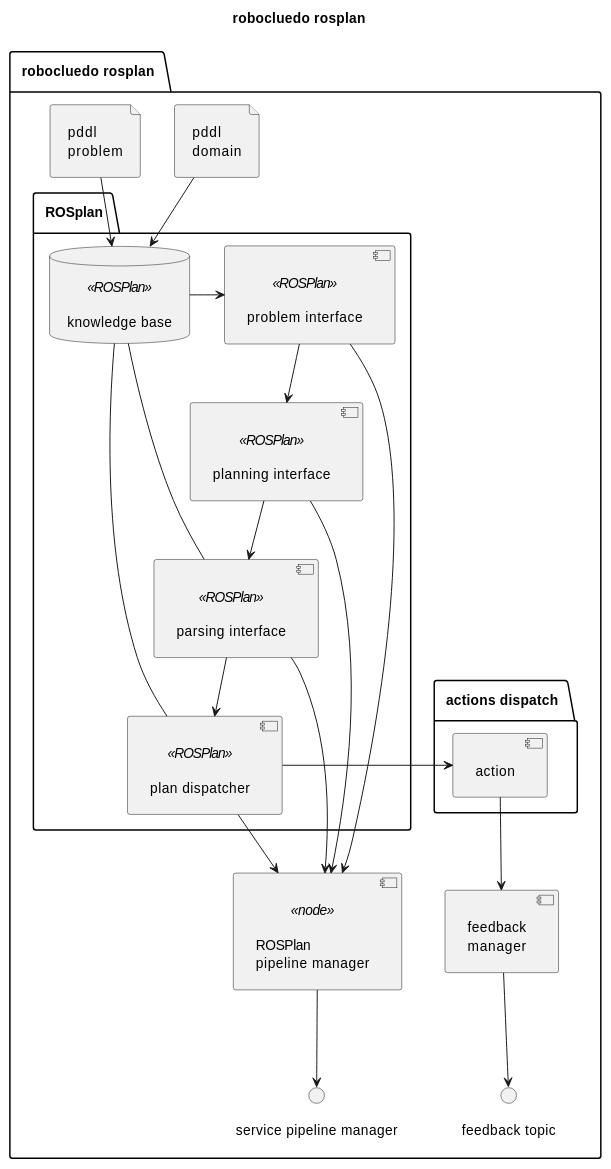
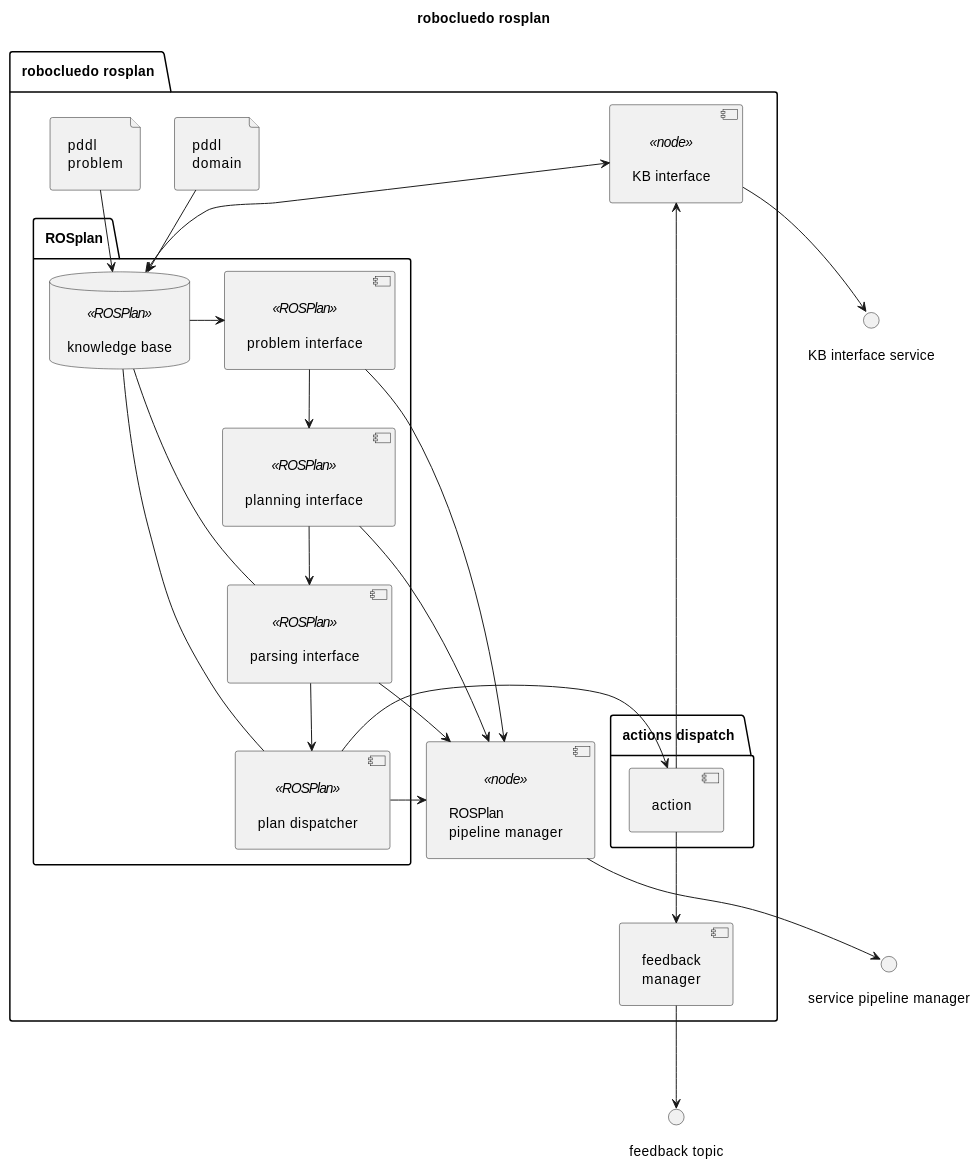
The first of 3 diagrams in _uml/arch.md (programmatoroSeduto/ExperimentalRoboticsLab-Assignment-2), drawn with PlantUML before and after one commit. The commit also changed 162 other files, not shown here.

````diff
--- a/_uml/arch.md
+++ b/_uml/arch.md
@@ -6,54 +6,59 @@
 ```{uml} 
 @startuml
 
 ''' DIAGRAM INFOS
 title "robocluedo rosplan"
 skinparam Padding 8
 
 
 ''' DIAGRAM ELEMENTS
 package "robocluedo rosplan" {
 
 file "pddl\ndomain" as PDDL_DOM
 file "pddl\nproblem" as PDDL_PROB
 
 package "ROSplan" {
 	database "knowledge base" <<ROSPlan>> as KB
 	[problem interface] <<ROSPlan>> as PROBLEM
 	[planning interface] <<ROSPlan>> as PLAN
 	[parsing interface] <<ROSPlan>> as PARSE
 	[plan dispatcher] <<ROSPlan>> as DISPATCH
 
 	KB -right-> PROBLEM
 	PROBLEM -down-> PLAN
 	PLAN -down-> PARSE
 	KB -right- PARSE
 	PARSE -down-> DISPATCH
 	KB -left- DISPATCH
 }
 
 package "actions dispatch" {
 	[action] as ACTION
 }
 
 [feedback\nmanager] as FEEDBACK
-interface "feedback topic" as TOPIC_FEEDBACK
 [ROSPlan\npipeline manager] <<node>> as MANAGER
-interface "service pipeline manager" as SRV_MANAGER
+[KB interface] <<node>> as IKB
+ACTION --> IKB
 
 DISPATCH -right-> ACTION
 PDDL_DOM --> KB
 PDDL_PROB --> KB
+IKB <--> KB
 
 ACTION --> FEEDBACK
+
+PROBLEM -right-> MANAGER
+PLAN -right-> MANAGER
+PARSE -right-> MANAGER
+DISPATCH -right-> MANAGER
+}
+
+() "feedback topic" as TOPIC_FEEDBACK
 FEEDBACK --> TOPIC_FEEDBACK
-
-PROBLEM --> MANAGER
-PLAN --> MANAGER
-PARSE --> MANAGER
-DISPATCH --> MANAGER
-
+() "service pipeline manager" as SRV_MANAGER
 MANAGER --> SRV_MANAGER
-}
+() "KB interface service" as SRV_IKB
+IKB --> SRV_IKB
 @enduml
 ```
````
